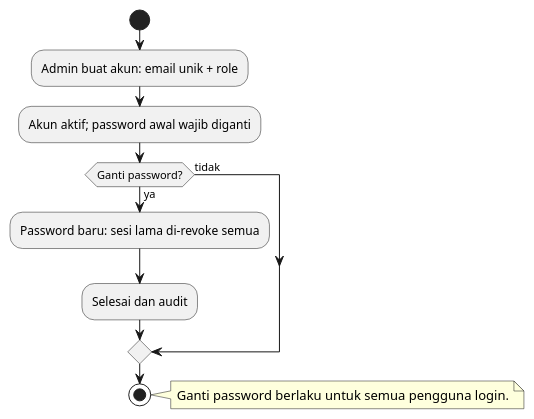
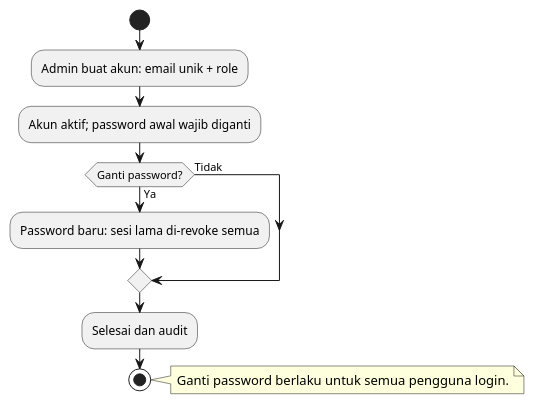
Before and after one commit to mygads/Face-Recognition-Capstone: the diagram in docs/diagrams/plantuml/act-f13-account.puml, drawn with PlantUML. The commit also changed 58 other files, not shown here.

First line of the commit message:
Refactor activity diagrams and update flow descriptions

```diff
--- a/docs/diagrams/plantuml/act-f13-account.puml
+++ b/docs/diagrams/plantuml/act-f13-account.puml
@@ -1,16 +1,16 @@
 @startuml
-' Activity F-13/F-14 Akun + audit — docs/proposal/05-activity.md §5.13
+' Activity F-13 Akun dan audit — docs/proposal/05-activity.md §5.13
 start
 :Admin buat akun: email unik + role;
 :Akun aktif; password awal wajib diganti;
-if (Ganti password?) then (ya)
+if (Ganti password?) then (Ya)
   :Password baru: sesi lama di-revoke semua;
-  :Selesai dan audit;
-else (tidak)
+else (Tidak)
 endif
+:Selesai dan audit;
 stop
 
 note right
   Ganti password berlaku untuk semua pengguna login.
 end note
 @enduml
```
